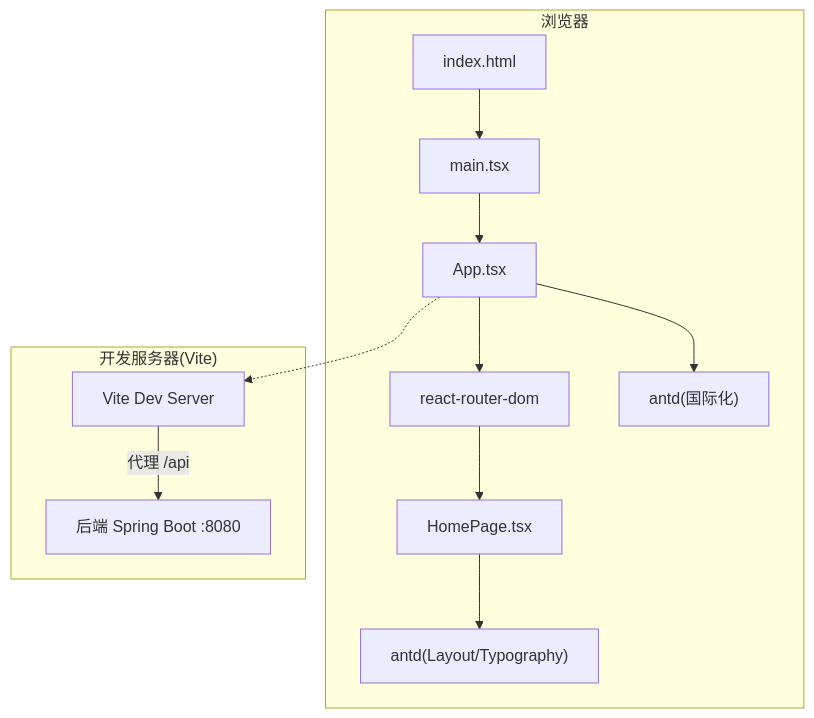
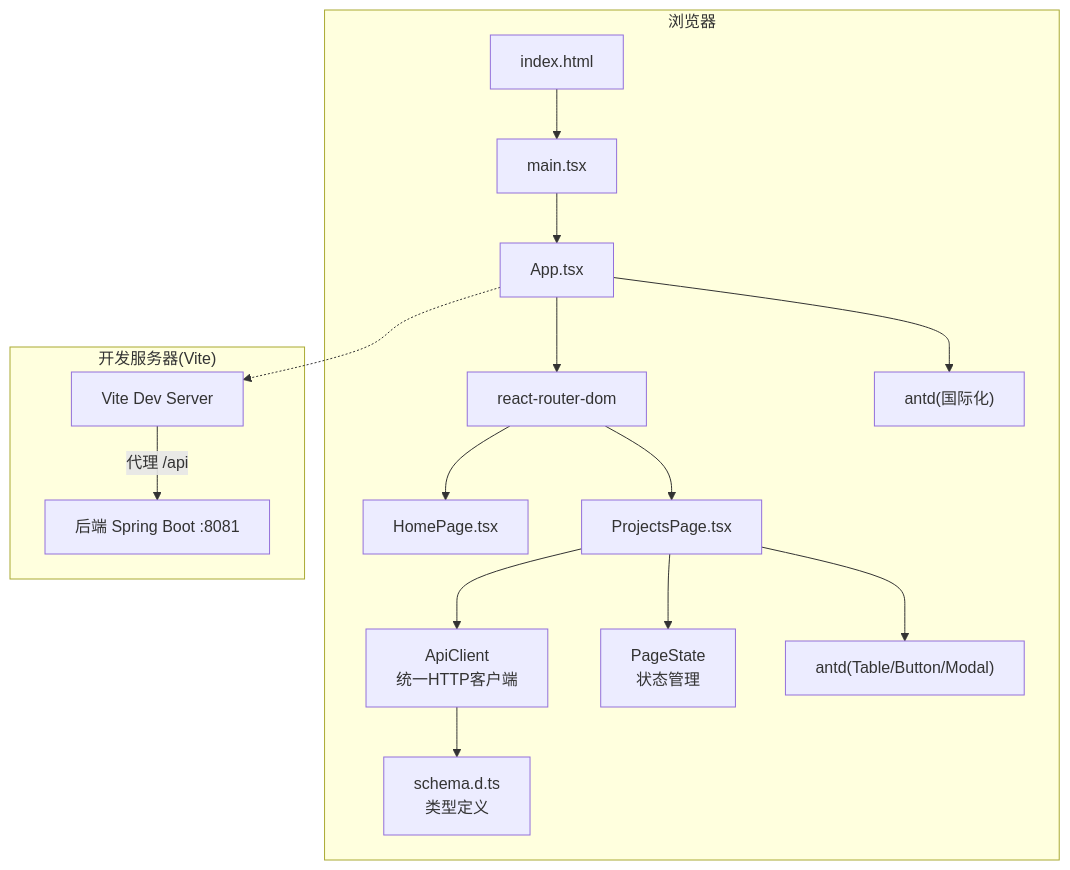
Before and after one commit to zhou9832/test1-qoder: the second of 9 diagrams in .qoder/repowiki/zh/content/前端架构/前端架构.md, drawn with Mermaid. The commit also changed other lines of this file and 92 other files, not shown here.

````diff
--- a/.qoder/repowiki/zh/content/前端架构/前端架构.md
+++ b/.qoder/repowiki/zh/content/前端架构/前端架构.md
@@ -77,16 +119,20 @@
 ```mermaid
 graph TB
 subgraph "浏览器"
 H["index.html"] --> M["main.tsx"]
 M --> A["App.tsx"]
 A --> R["react-router-dom"]
 A --> D["antd(国际化)"]
-R --> P["HomePage.tsx"]
-P --> U["antd(Layout/Typography)"]
+R --> P1["HomePage.tsx"]
+R --> P2["ProjectsPage.tsx"]
+P2 --> C["ApiClient<br/>统一HTTP客户端"]
+P2 --> S["PageState<br/>状态管理"]
+C --> T["schema.d.ts<br/>类型定义"]
+P2 --> U["antd(Table/Button/Modal)"]
 end
 subgraph "开发服务器(Vite)"
 VS["Vite Dev Server"]
-VS --> |代理 /api| BE["后端 Spring Boot :8080"]
+VS --> |代理 /api| BE["后端 Spring Boot :8081"]
 end
 A -.-> VS
 ```
````
